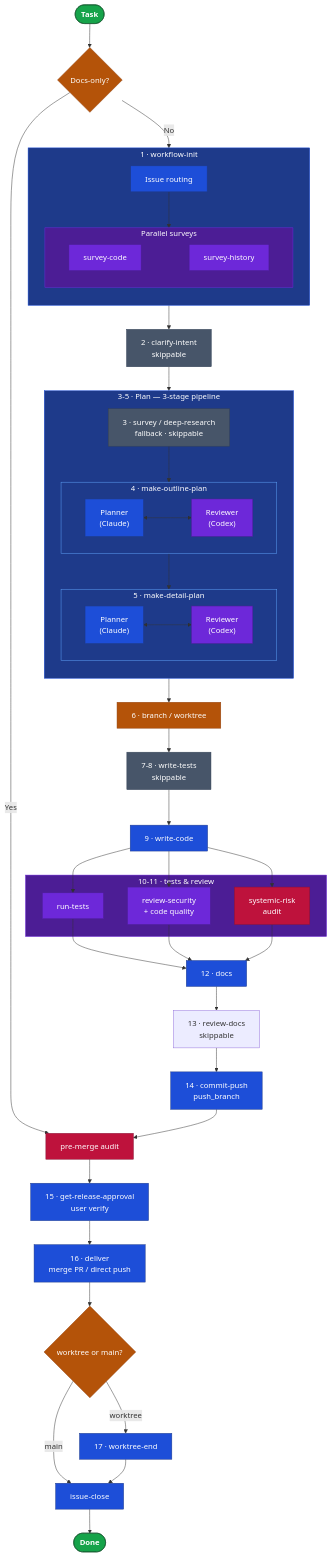
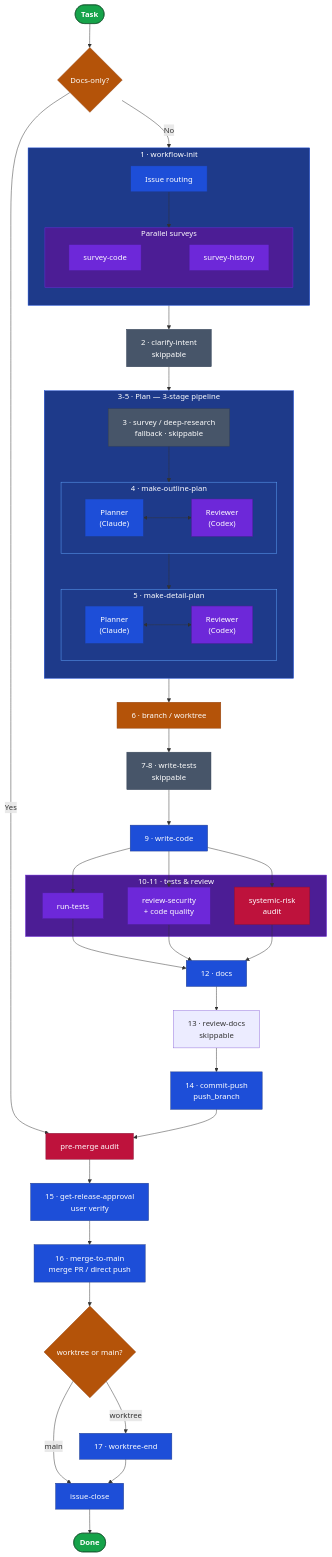
The diagram in README.md (nirecom/agents), drawn with Mermaid before and after one commit. The commit also changed 126 other files, not shown here.

Commit message:
feat(#2527): release-approval channel, AUTO_MERGE_PR off deny, GraphQL merge detection, merge-to-main rename

````diff
--- a/README.md
+++ b/README.md
@@ -33,79 +33,79 @@
 ```mermaid
 flowchart TD
     classDef terminal  fill:#16a34a,stroke:#14532d,color:#fff,font-weight:bold
     classDef decision  fill:#b45309,stroke:#92400e,color:#fff
     classDef audit     fill:#be123c,stroke:#881337,color:#fff
     classDef skippable fill:#475569,stroke:#334155,color:#fff
     classDef parallel  fill:#6d28d9,stroke:#4c1d95,color:#fff
     classDef required  fill:#1d4ed8,stroke:#1e3a8a,color:#fff
 
     Task([Task]) --> Doc{Docs-only?}
     Doc -- Yes --> Gate
     Doc -- No  --> S0_sg
 
     subgraph S0_sg["1 · workflow-init"]
         direction TB
         S0_R["Issue routing"]
         subgraph S0_surv["Parallel surveys"]
             direction LR
             S0_SC["survey-code"] ~~~ S0_SH["survey-history"]
         end
         S0_R --> S0_surv
     end
 
     S0_sg --> S1["2 · clarify-intent<br/>skippable"]
     S1 --> P2a
 
     subgraph Plan["3-5 · Plan  —  3-stage pipeline"]
         direction TB
         P2a["3 · survey / deep-research<br/>fallback · skippable"] --> P2b_sg
         subgraph P2b_sg["4 · make-outline-plan"]
             direction LR
             P2b_L["Planner<br/>(Claude)"] <--> P2b_R["Reviewer<br/>(Codex)"]
         end
         P2b_sg --> P2c_sg
         subgraph P2c_sg["5 · make-detail-plan"]
             direction LR
             P2c_L["Planner<br/>(Claude)"] <--> P2c_R["Reviewer<br/>(Codex)"]
         end
     end
 
     Plan --> S3["6 · branch / worktree"]
     S3 --> S4["7-8 · write-tests<br/>skippable"]
     S4 --> S5["9 · write-code"]
 
     S5 --> S6a & S6b & SR
 
     subgraph Review["10-11 · tests & review"]
         S6a["run-tests"]
         S6b["review-security<br/>+ code quality"]
         SR["systemic-risk<br/>audit"]
     end
 
     S6a & S6b & SR --> S7["12 · docs"]
     S7 --> S7d["13 · review-docs<br/>skippable"]
     S7d --> PB["14 · commit-push<br/>push_branch"]
     PB --> Gate["pre-merge audit"]
     Gate --> UV["15 · get-release-approval<br/>user verify"]
-    UV --> Push["16 · deliver<br/>merge PR / direct push"]
+    UV --> Push["16 · merge-to-main<br/>merge PR / direct push"]
 
     Push --> Clean{worktree or main?}
     Clean -- worktree --> WE["17 · worktree-end"]
     Clean -- main     --> IC["issue-close"]
     WE --> IC
     IC --> Done([Done])
 
     style S0_sg  fill:#1e3a8a,stroke:#1d4ed8,color:#fff
     style S0_surv fill:#4c1d95,stroke:#6d28d9,color:#fff
     style Plan   fill:#1e3a8a,stroke:#1d4ed8,color:#fff
     style P2b_sg fill:#1e3a8a,stroke:#60a5fa,color:#fff
     style P2c_sg fill:#1e3a8a,stroke:#60a5fa,color:#fff
     style Review fill:#4c1d95,stroke:#6d28d9,color:#fff
 
     class Task,Done terminal
     class Doc,Clean,S3 decision
     class Gate,SR audit
     class S1,P2a,S4 skippable
     class S0_SC,S0_SH,P2b_R,P2c_R,S6a,S6b parallel
     class S0_R,P2b_L,P2c_L,S5,S7,PB,UV,Push,WE,IC required
 ```
````
